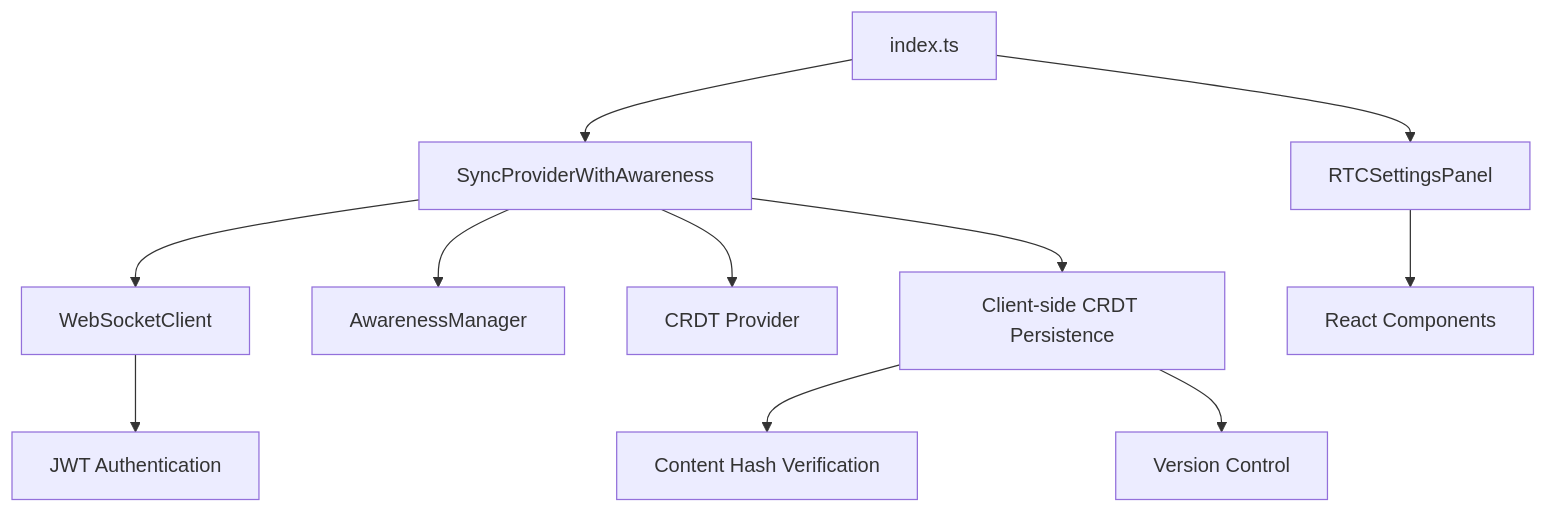
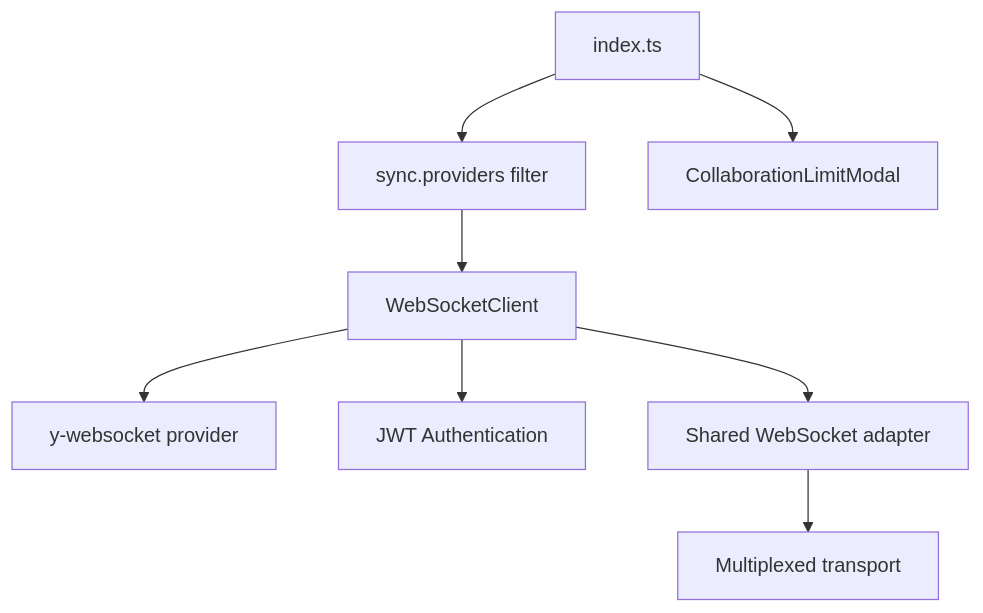
Before and after one commit to Automattic/vip-real-time-collaboration: the second of 6 diagrams in docs/SYSTEM_ARCHITECTURE.md, drawn with Mermaid. The commit also changed other lines of this file and 2 other files, not shown here.

````diff
--- a/docs/SYSTEM_ARCHITECTURE.md
+++ b/docs/SYSTEM_ARCHITECTURE.md
@@ -51,13 +51,10 @@
 ```mermaid
 graph TB
-    A[index.ts] --> B[SyncProviderWithAwareness]
-    A --> C[RTCSettingsPanel]
+    A[index.ts] --> B[sync.providers filter]
+    A --> C[CollaborationLimitModal]
     B --> D[WebSocketClient]
-    B --> E[AwarenessManager]
-    B --> F[CRDT Provider]
-    B --> G[Client-side CRDT Persistence]
-    C --> H[React Components]
-    D --> I[JWT Authentication]
-    G --> J[Content Hash Verification]
-    G --> K[Version Control]
+    D --> E[y-websocket provider]
+    D --> F[JWT Authentication]
+    D --> G[Shared WebSocket adapter]
+    G --> H[Multiplexed transport]
 ```
````
